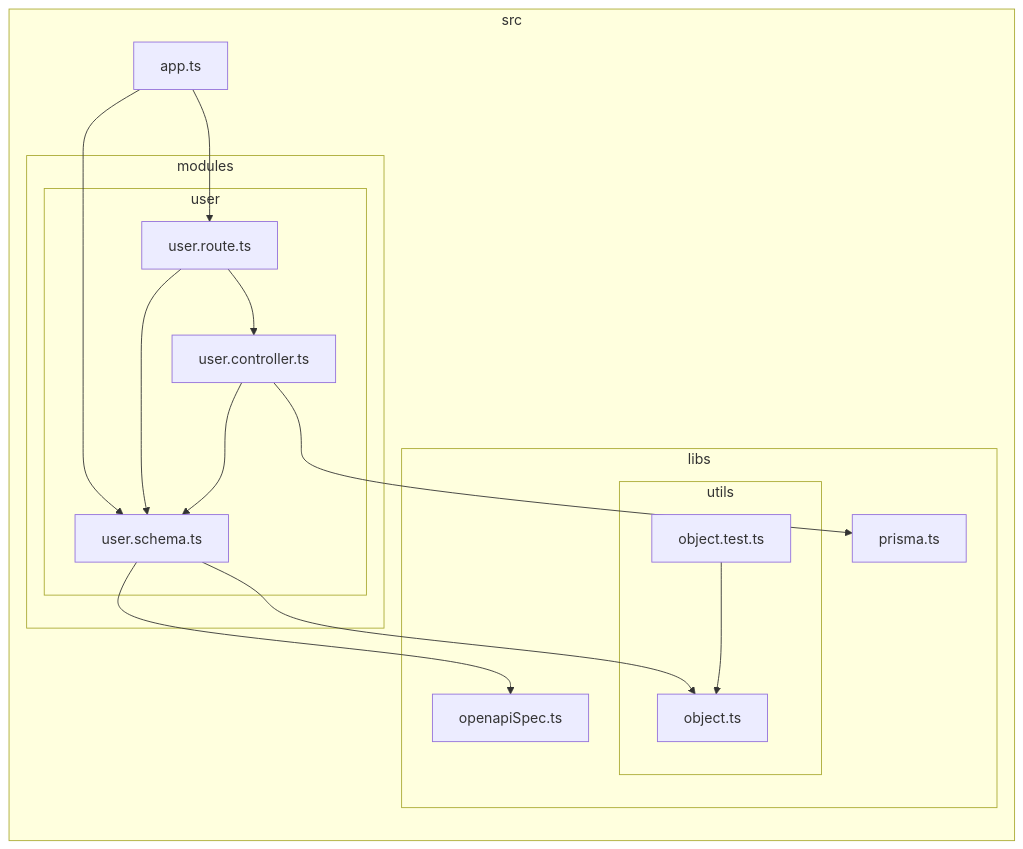
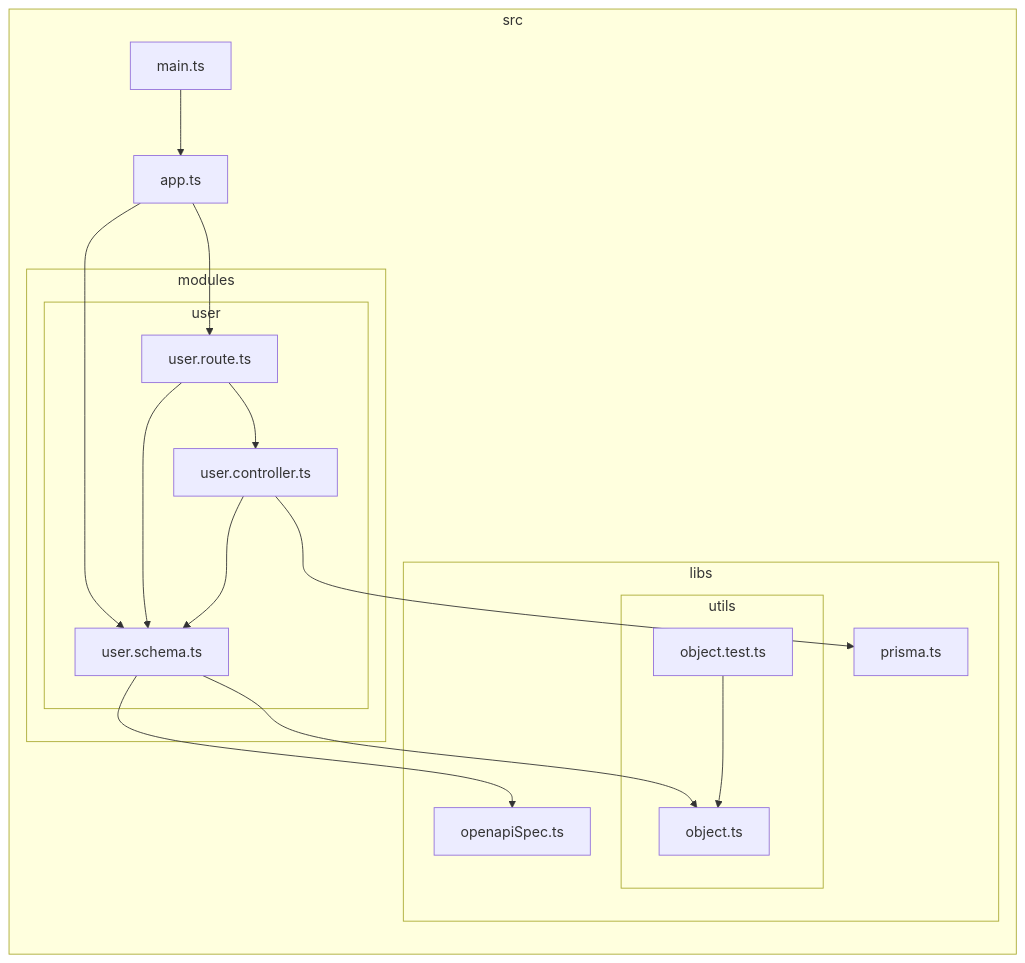
The diagram in docs/dependency-graph.md (junkor-1011/-fastify-prisma-example3), drawn with Mermaid before and after one commit. The commit also changed 2 other files, not shown here.

Commit message:
refactor: mv to src

````diff
--- a/docs/dependency-graph.md
+++ b/docs/dependency-graph.md
@@ -1,31 +1,33 @@
 ```mermaid
 flowchart LR
 
 subgraph 0["src"]
 1["app.ts"]
 subgraph 2["modules"]
 subgraph 3["user"]
 4["user.route.ts"]
 5["user.controller.ts"]
 6["user.schema.ts"]
 end
 end
 subgraph 7["libs"]
 8["openapiSpec.ts"]
 subgraph 9["utils"]
 A["object.ts"]
 C["object.test.ts"]
 end
 B["prisma.ts"]
 end
+D["main.ts"]
 end
 1-->4
 1-->6
 4-->5
 4-->6
 5-->6
 5-->B
 6-->8
 6-->A
 C-->A
+D-->1
 ```
````
